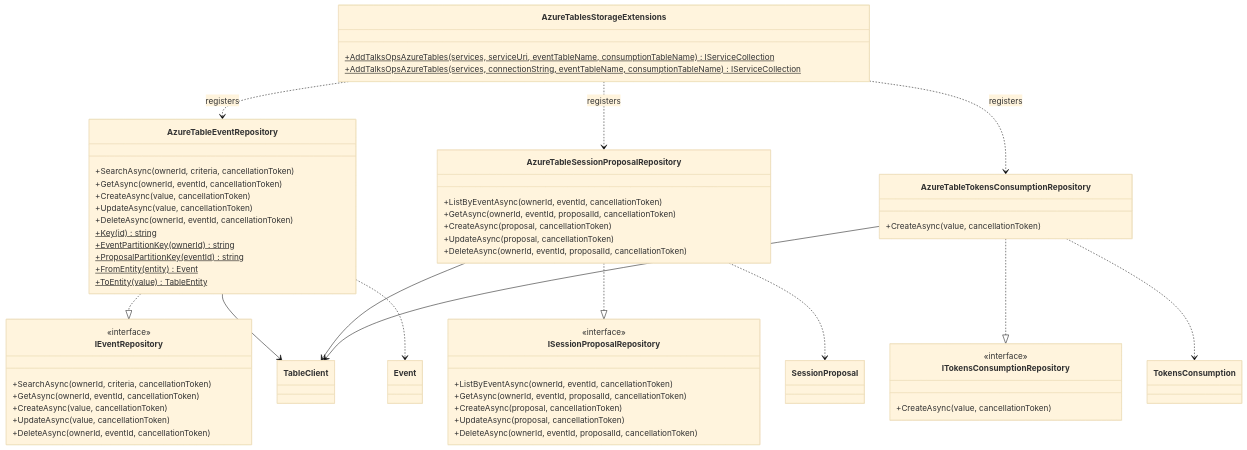
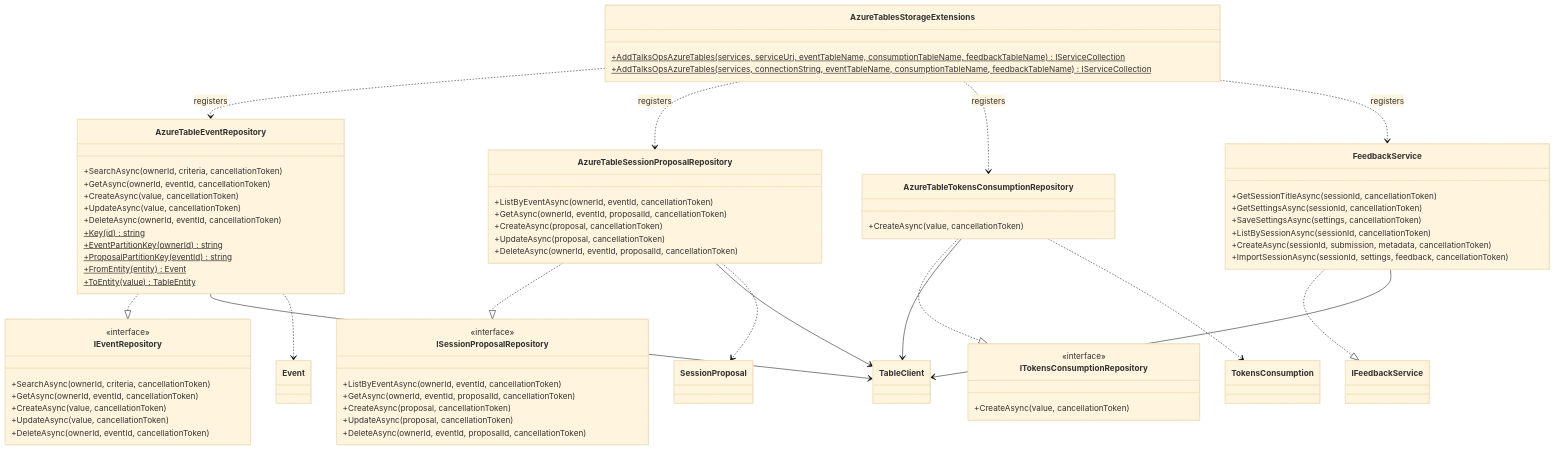
One commit to massimobonanni/TalksOps changed the diagram in src/TalksOps.Storage/README.md. Above: the diagram before and after it, drawn with Mermaid (base theme). The commit also changed other lines of this file and 59 other files, not shown here.

First line of the commit message:
Add unit tests for public feedback and session feedback components

````diff
--- a/src/TalksOps.Storage/README.md
+++ b/src/TalksOps.Storage/README.md
@@ -7,63 +7,74 @@
 ```mermaid
 classDiagram
     class IEventRepository {
         <<interface>>
         +SearchAsync(ownerId, criteria, cancellationToken)
         +GetAsync(ownerId, eventId, cancellationToken)
         +CreateAsync(value, cancellationToken)
         +UpdateAsync(value, cancellationToken)
         +DeleteAsync(ownerId, eventId, cancellationToken)
     }
     class ISessionProposalRepository {
         <<interface>>
         +ListByEventAsync(ownerId, eventId, cancellationToken)
         +GetAsync(ownerId, eventId, proposalId, cancellationToken)
         +CreateAsync(proposal, cancellationToken)
         +UpdateAsync(proposal, cancellationToken)
         +DeleteAsync(ownerId, eventId, proposalId, cancellationToken)
     }
     class ITokensConsumptionRepository {
         <<interface>>
         +CreateAsync(value, cancellationToken)
     }
     class AzureTableEventRepository {
         +SearchAsync(ownerId, criteria, cancellationToken)
         +GetAsync(ownerId, eventId, cancellationToken)
         +CreateAsync(value, cancellationToken)
         +UpdateAsync(value, cancellationToken)
         +DeleteAsync(ownerId, eventId, cancellationToken)
         +Key(id)$ string
         +EventPartitionKey(ownerId)$ string
         +ProposalPartitionKey(eventId)$ string
         +FromEntity(entity)$ Event
         +ToEntity(value)$ TableEntity
     }
     class AzureTableSessionProposalRepository {
         +ListByEventAsync(ownerId, eventId, cancellationToken)
         +GetAsync(ownerId, eventId, proposalId, cancellationToken)
         +CreateAsync(proposal, cancellationToken)
         +UpdateAsync(proposal, cancellationToken)
         +DeleteAsync(ownerId, eventId, proposalId, cancellationToken)
     }
     class AzureTableTokensConsumptionRepository {
         +CreateAsync(value, cancellationToken)
     }
+    class FeedbackService {
+        +GetSessionTitleAsync(sessionId, cancellationToken)
+        +GetSettingsAsync(sessionId, cancellationToken)
+        +SaveSettingsAsync(settings, cancellationToken)
+        +ListBySessionAsync(sessionId, cancellationToken)
+        +CreateAsync(sessionId, submission, metadata, cancellationToken)
+        +ImportSessionAsync(sessionId, settings, feedback, cancellationToken)
+    }
     class AzureTablesStorageExtensions {
-        +AddTalksOpsAzureTables(services, serviceUri, eventTableName, consumptionTableName)$ IServiceCollection
-        +AddTalksOpsAzureTables(services, connectionString, eventTableName, consumptionTableName)$ IServiceCollection
+        +AddTalksOpsAzureTables(services, serviceUri, eventTableName, consumptionTableName, feedbackTableName)$ IServiceCollection
+        +AddTalksOpsAzureTables(services, connectionString, eventTableName, consumptionTableName, feedbackTableName)$ IServiceCollection
     }
     class TableClient
 
     AzureTableEventRepository ..|> IEventRepository
     AzureTableSessionProposalRepository ..|> ISessionProposalRepository
     AzureTableTokensConsumptionRepository ..|> ITokensConsumptionRepository
+    FeedbackService ..|> IFeedbackService
     AzureTableEventRepository --> TableClient
     AzureTableSessionProposalRepository --> TableClient
     AzureTableTokensConsumptionRepository --> TableClient
+    FeedbackService --> TableClient
     AzureTablesStorageExtensions ..> AzureTableEventRepository : registers
     AzureTablesStorageExtensions ..> AzureTableSessionProposalRepository : registers
     AzureTablesStorageExtensions ..> AzureTableTokensConsumptionRepository : registers
+    AzureTablesStorageExtensions ..> FeedbackService : registers
     AzureTableEventRepository ..> Event
     AzureTableSessionProposalRepository ..> SessionProposal
     AzureTableTokensConsumptionRepository ..> TokensConsumption
 ```
````
